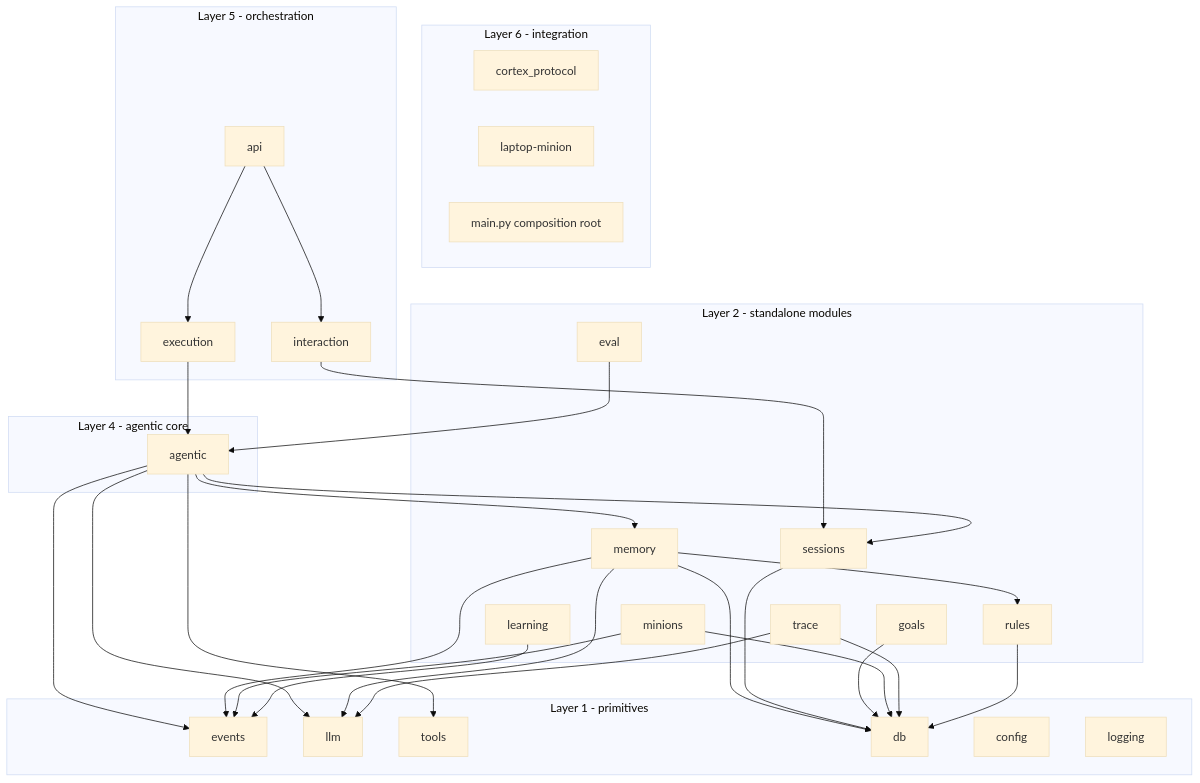
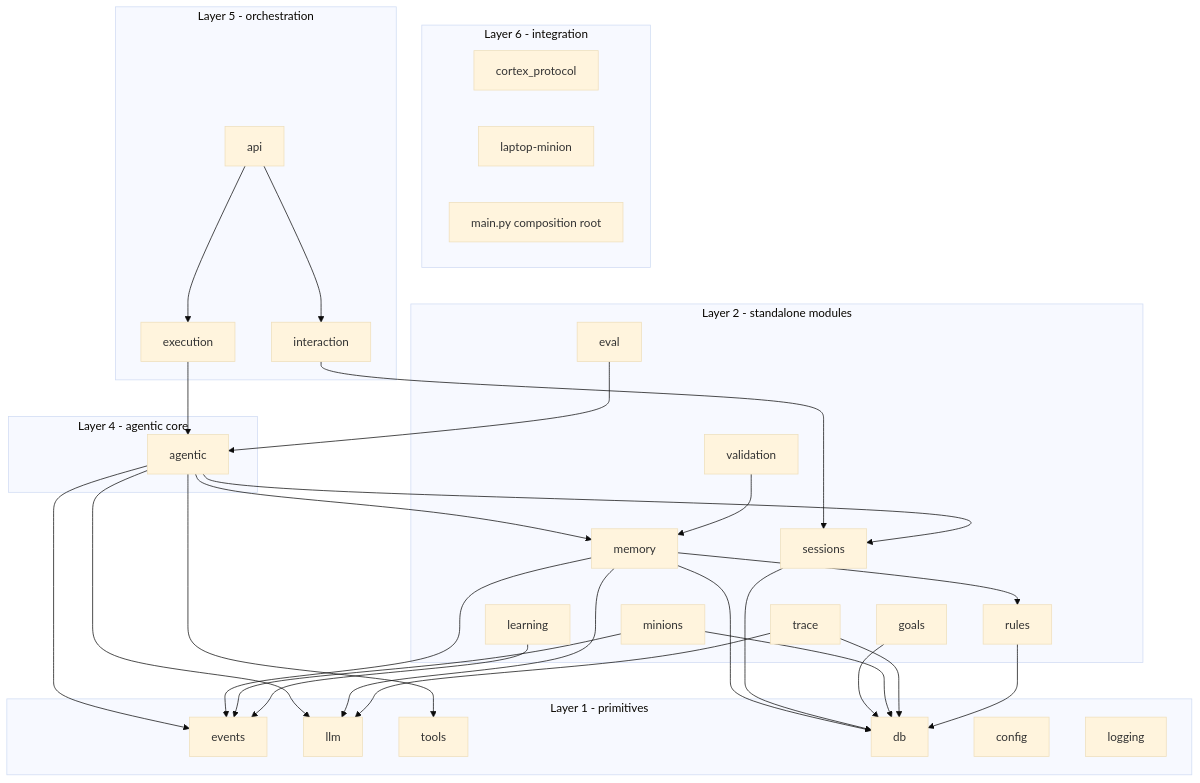
One commit to salvatorebottiglieri/botti-agent changed the third of 3 diagrams in docs/specs/architecture.md. Above: the diagram before and after it, drawn with Mermaid (base theme). The commit also changed other lines of this file and 3 other files, not shown here.

````diff
--- a/docs/specs/architecture.md
+++ b/docs/specs/architecture.md
@@ -254,61 +255,63 @@
 ```mermaid
 flowchart TB
     subgraph L6[Layer 6 - integration]
         Protocol[cortex_protocol]
         Laptop[laptop-minion]
         Root[main.py composition root]
     end
 
     subgraph L5[Layer 5 - orchestration]
         API[api]
         Exec[execution]
         Inter[interaction]
     end
 
     subgraph L4[Layer 4 - agentic core]
         Loop[agentic]
     end
 
     subgraph L2[Layer 2 - standalone modules]
         Mem[memory]
+        Val[validation]
         Sess[sessions]
         Goals[goals]
         Min[minions]
         Tr[trace]
         Ev[eval]
         Learn[learning]
         Rul[rules]
     end
 
     subgraph L1[Layer 1 - primitives]
         Events[events]
         LLM[llm]
         Tools[tools]
         DB[db]
         Conf[config]
         Log[logging]
     end
 
     API --> Exec
     API --> Inter
     Exec --> Loop
     Inter --> Sess
     Loop --> Mem
     Loop --> Sess
     Loop --> Tools
     Loop --> LLM
     Loop --> Events
     Mem --> DB
     Mem --> Events
+    Val --> Mem
     Sess --> DB
     Goals --> DB
     Min --> Events
     Min --> DB
     Tr --> DB
     Ev --> Loop
     Learn --> Events
     Mem --> LLM
     Mem --> Rul
     Rul --> DB
     Tr --> LLM
 ```
````
